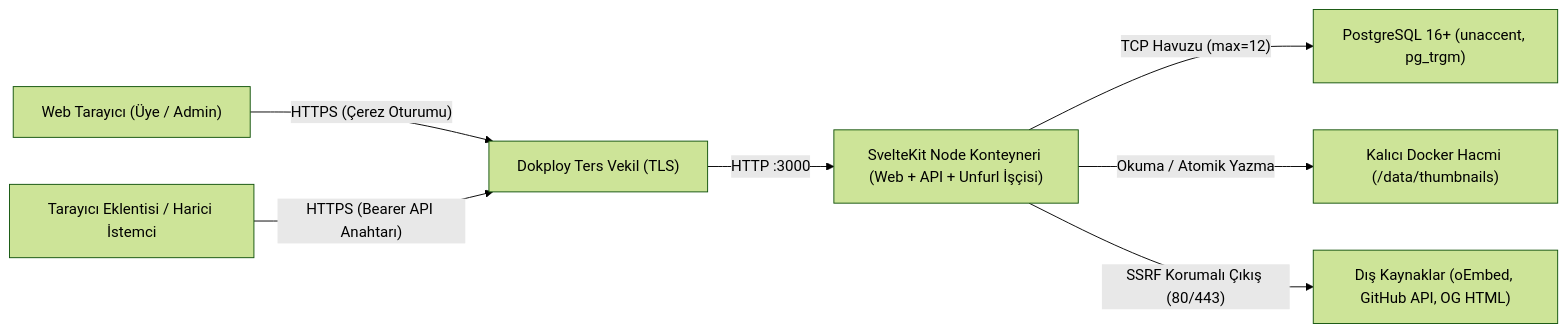
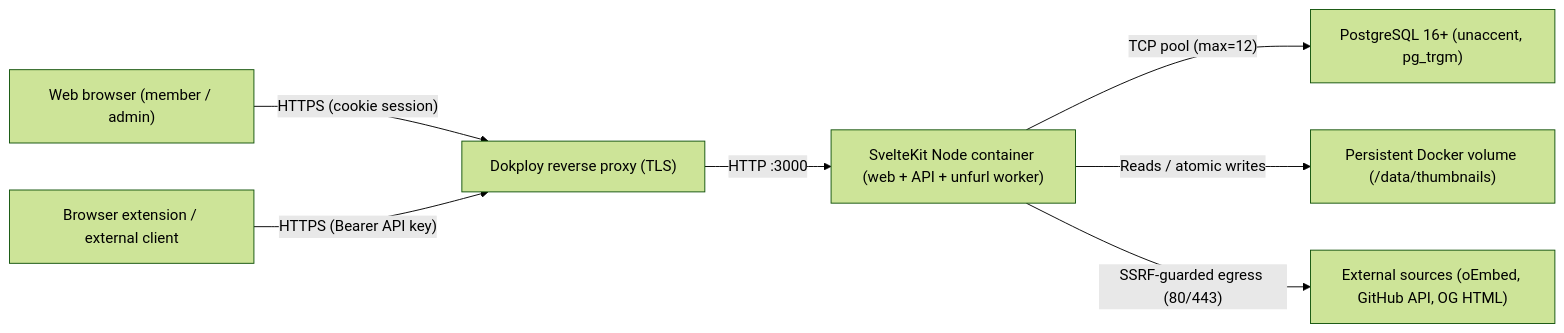
The first of 2 diagrams in docs/designs/izgah-core.md (gorkemio/izgah), drawn with Mermaid (forest theme) before and after one commit. The commit also changed other lines of this file, not shown here.

````diff
--- a/docs/designs/izgah-core.md
+++ b/docs/designs/izgah-core.md
@@ -106,9 +108,9 @@
 ```mermaid
 flowchart LR
-    Browser["Web Tarayıcı (Üye / Admin)"] -->|"HTTPS (Çerez Oturumu)"| Proxy["Dokploy Ters Vekil (TLS)"]
-    Ext["Tarayıcı Eklentisi / Harici İstemci"] -->|"HTTPS (Bearer API Anahtarı)"| Proxy
-    Proxy -->|"HTTP :3000"| App["SvelteKit Node Konteyneri (Web + API + Unfurl İşçisi)"]
-    App -->|"TCP Havuzu (max=12)"| PG["PostgreSQL 16+ (unaccent, pg_trgm)"]
-    App -->|"Okuma / Atomik Yazma"| Vol["Kalıcı Docker Hacmi (/data/thumbnails)"]
-    App -->|"SSRF Korumalı Çıkış (80/443)"| ExtWeb["Dış Kaynaklar (oEmbed, GitHub API, OG HTML)"]
+    Browser["Web browser (member / admin)"] -->|"HTTPS (cookie session)"| Proxy["Dokploy reverse proxy (TLS)"]
+    Ext["Browser extension / external client"] -->|"HTTPS (Bearer API key)"| Proxy
+    Proxy -->|"HTTP :3000"| App["SvelteKit Node container (web + API + unfurl worker)"]
+    App -->|"TCP pool (max=12)"| PG["PostgreSQL 16+ (unaccent, pg_trgm)"]
+    App -->|"Reads / atomic writes"| Vol["Persistent Docker volume (/data/thumbnails)"]
+    App -->|"SSRF-guarded egress (80/443)"| ExtWeb["External sources (oEmbed, GitHub API, OG HTML)"]
 ```
````
